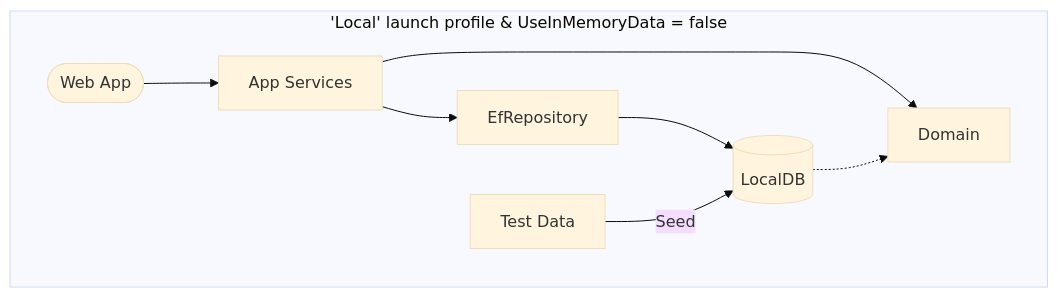
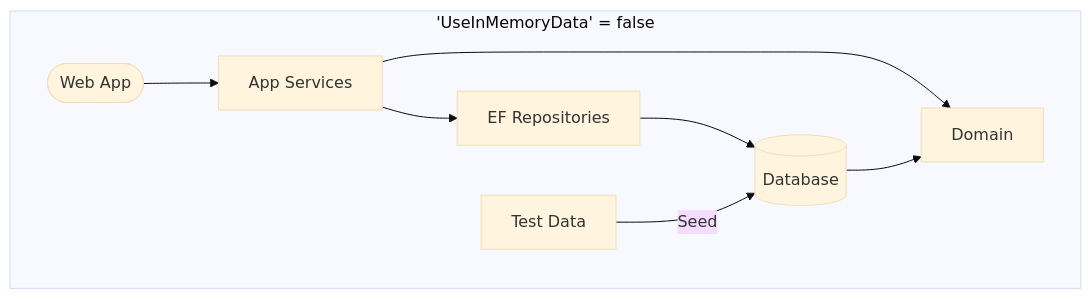
The second of 3 diagrams in README.md (gaepdit/template-app), drawn with Mermaid (base theme) before and after one commit. The commit also changed other lines of this file and 16 other files, not shown here.

````diff
--- a/README.md
+++ b/README.md
@@ -121,19 +125,19 @@
 ```mermaid
 flowchart LR
-    subgraph SPB["'Local' launch profile & UseInMemoryData = false"]
+    subgraph SPB["'UseInMemoryData' = false"]
         direction LR
         D[Domain]
         T[Test Data]
-        R[EfRepository]
+        R[EF Repositories]
         A[App Services]
         W([Web App])
-        B[(LocalDB)]
+        B[(Database)]
 
         W --> A
         A --> D
         R --> B
         A --> R
         T -->|Seed| B
-        B -.-> D
+        B --> D
     end
 ```
````
